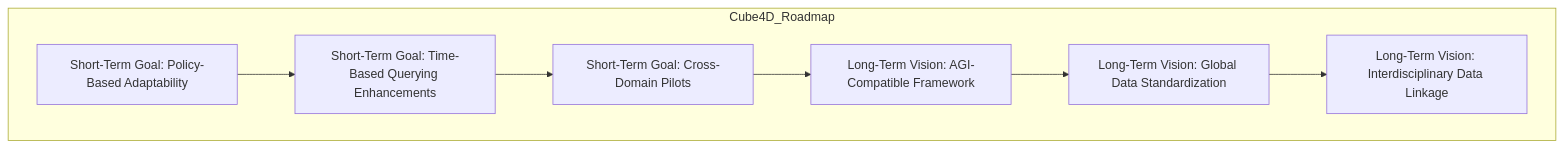
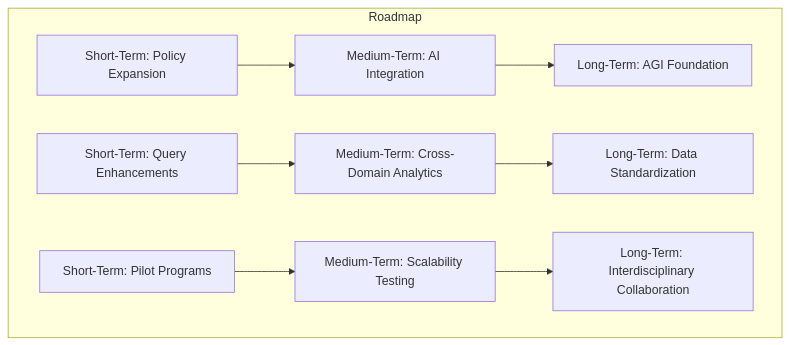
The fifth of 6 diagrams in 02_whitepaper.md (TheGuyFromTheApprentice/ActiveGraphNetworks), drawn with Mermaid before and after one commit. The commit also changed other lines of this file, not shown here.

````diff
--- a/02_whitepaper.md
+++ b/02_whitepaper.md
@@ -318,14 +401,23 @@
 ```mermaid
 graph TD
-    subgraph Cube4D_Roadmap
-        STG1["Short-Term Goal: Policy-Based Adaptability"]
-        STG2["Short-Term Goal: Time-Based Querying Enhancements"]
-        STG3["Short-Term Goal: Cross-Domain Pilots"]
+    subgraph Roadmap
+        STG1["Short-Term: Policy Expansion"]
+        STG2["Short-Term: Query Enhancements"]
+        STG3["Short-Term: Pilot Programs"]
 
-        LTG1["Long-Term Vision: AGI-Compatible Framework"]
-        LTG2["Long-Term Vision: Global Data Standardization"]
-        LTG3["Long-Term Vision: Interdisciplinary Data Linkage"]
+        MTG1["Medium-Term: AI Integration"]
+        MTG2["Medium-Term: Cross-Domain Analytics"]
+        MTG3["Medium-Term: Scalability Testing"]
+
+        LTG1["Long-Term: AGI Foundation"]
+        LTG2["Long-Term: Data Standardization"]
+        LTG3["Long-Term: Interdisciplinary Collaboration"]
     end
 
-    STG1 --> STG2 --> STG3 --> LTG1 --> LTG2 --> LTG3
+    STG1 --> MTG1
+    STG2 --> MTG2
+    STG3 --> MTG3
+    MTG1 --> LTG1
+    MTG2 --> LTG2
+    MTG3 --> LTG3
 ```
````
